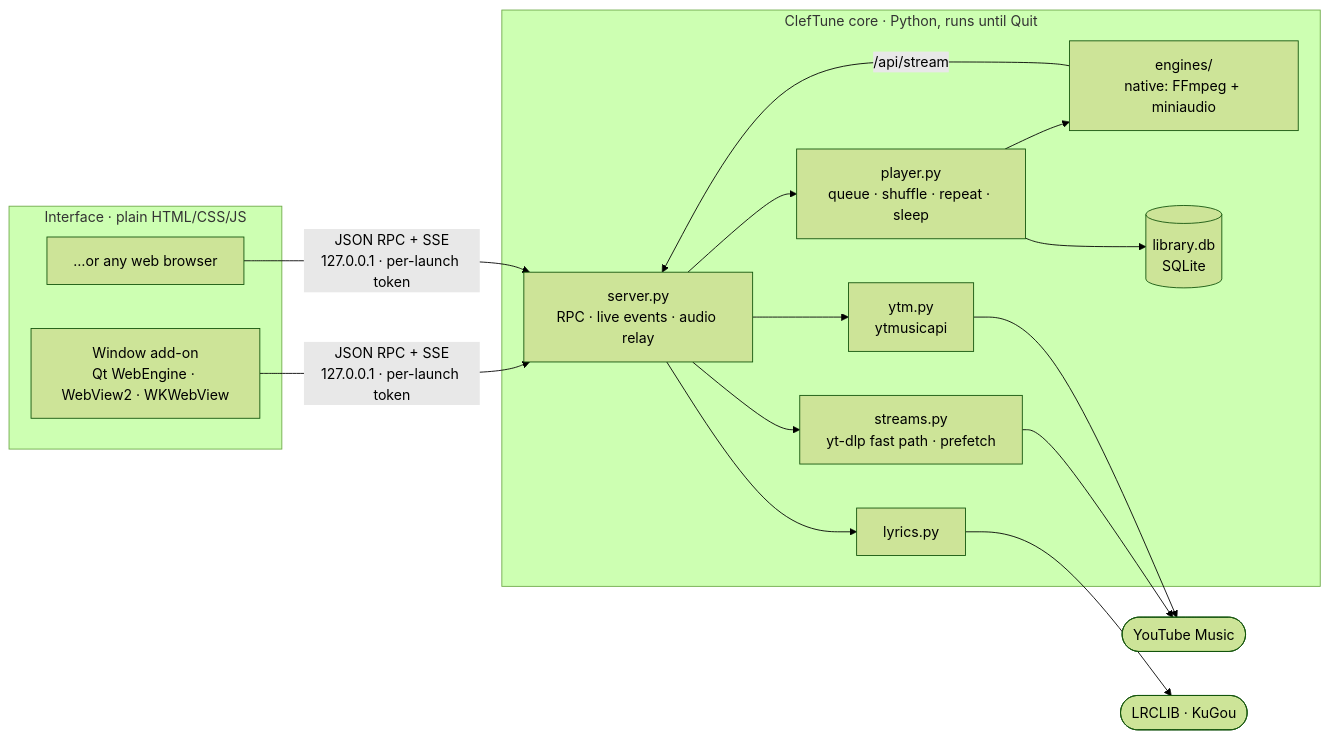
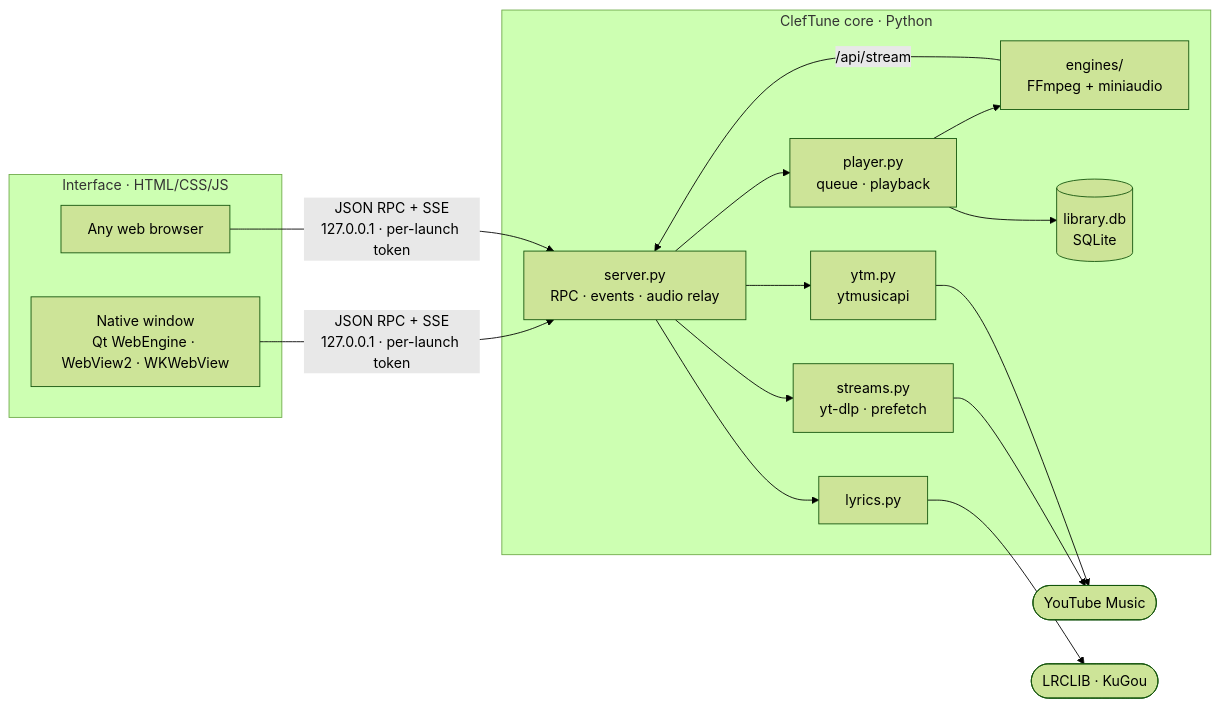
One commit to CleftuneStream/.github changed the diagram in profile/README.md. Above: the diagram before and after it, drawn with Mermaid (forest theme). The commit also changed other lines of this file, not shown here.

````diff
--- a/profile/README.md
+++ b/profile/README.md
@@ -145,26 +126,26 @@
 ```mermaid
 flowchart LR
-    subgraph UI["Interface · plain HTML/CSS/JS"]
-        W["Window add-on<br/>Qt WebEngine · WebView2 · WKWebView"]
-        B["…or any web browser"]
+    subgraph UI["Interface · HTML/CSS/JS"]
+        W["Native window<br/>Qt WebEngine · WebView2 · WKWebView"]
+        B["Any web browser"]
     end
-    subgraph Core["ClefTune core · Python, runs until Quit"]
-        S["server.py<br/>RPC · live events · audio relay"]
-        P["player.py<br/>queue · shuffle · repeat · sleep"]
-        E["engines/<br/>native: FFmpeg + miniaudio"]
-        R["streams.py<br/>yt-dlp fast path · prefetch"]
+    subgraph Core["ClefTune core · Python"]
+        S["server.py<br/>RPC · events · audio relay"]
+        P["player.py<br/>queue · playback"]
+        E["engines/<br/>FFmpeg + miniaudio"]
+        R["streams.py<br/>yt-dlp · prefetch"]
         Y["ytm.py<br/>ytmusicapi"]
         L["lyrics.py"]
         D[("library.db<br/>SQLite")]
     end
     YT(["YouTube Music"])
     LR(["LRCLIB · KuGou"])
 
     W & B -- "JSON RPC + SSE<br/>127.0.0.1 · per-launch token" --> S
     S --> P --> E
     E -- "/api/stream" --> S
     S --> R --> YT
     S --> Y --> YT
     S --> L --> LR
     P --> D
 ```
````
